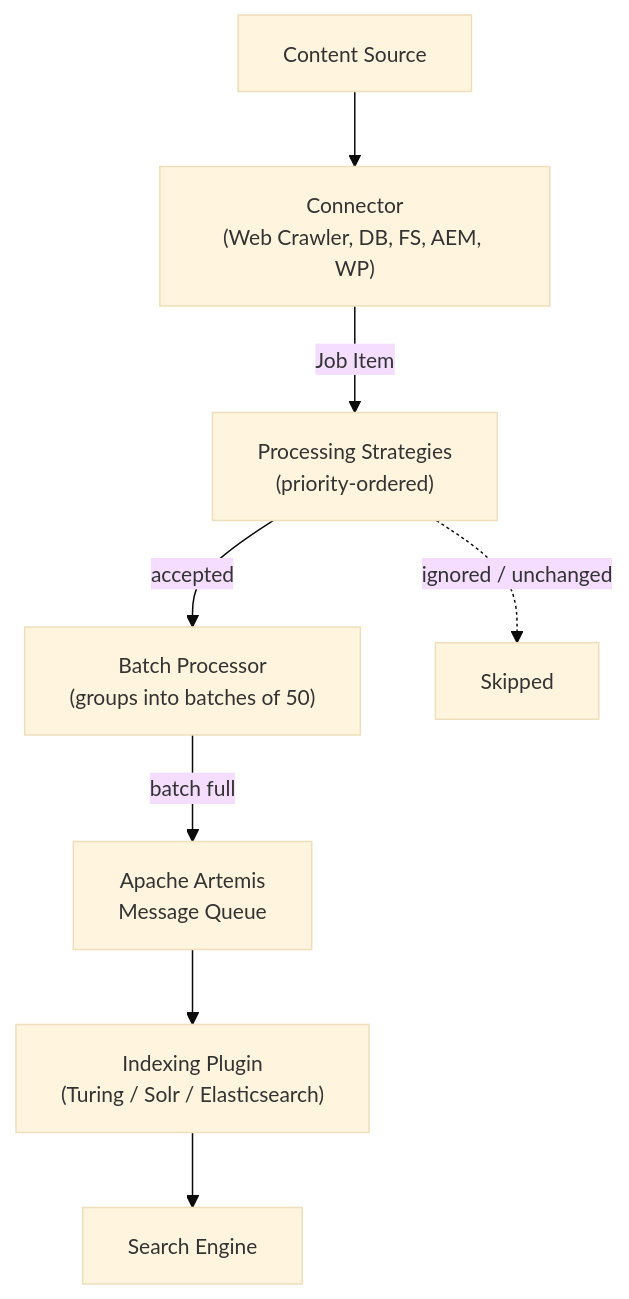
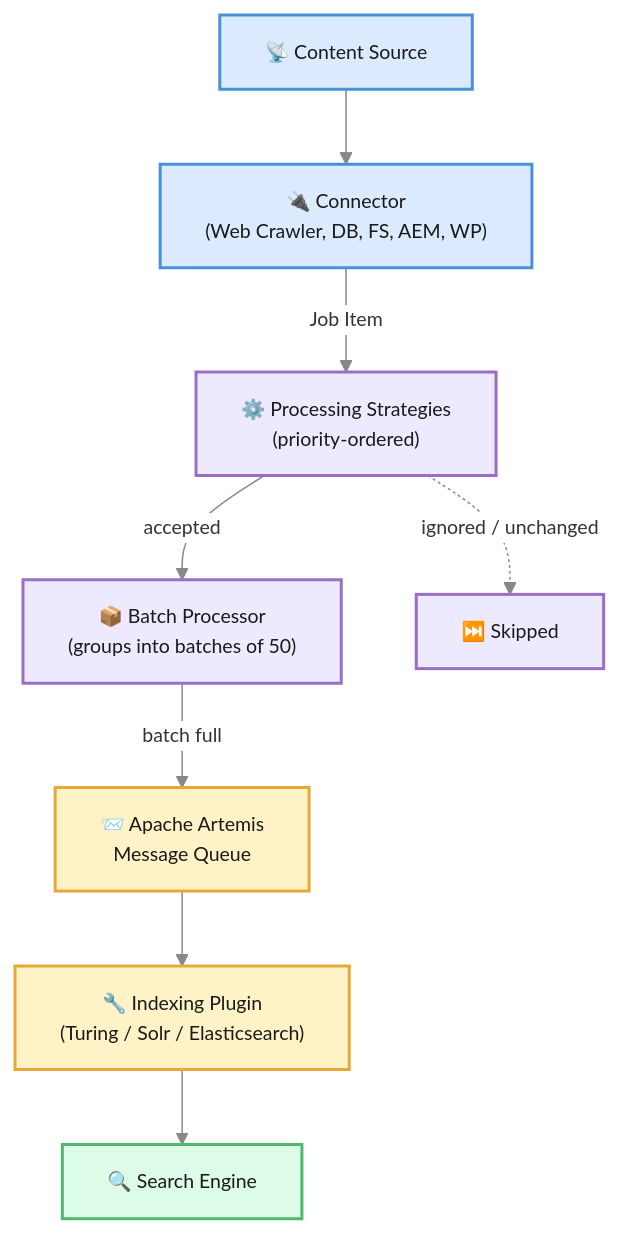
The diagram in diagrams/dumont-pipeline.mmd (openviglet/docs), drawn with Mermaid before and after one commit. The commit also changed 49 other files, not shown here.

First line of the commit message:
Standardize Mermaid diagrams and conventions

```diff
--- a/diagrams/dumont-pipeline.mmd
+++ b/diagrams/dumont-pipeline.mmd
@@ -1,18 +1,29 @@
-%%{init: {'theme': 'base', 'themeVariables': {'fontSize': '14px'}}}%%
+%%{init: {'theme': 'base', 'themeVariables': {'fontSize': '13px', 'primaryColor': '#fff', 'primaryBorderColor': '#c0c0c0', 'lineColor': '#888', 'textColor': '#333'}}}%%
 graph TB
-    SRC["Content Source"]
-    CON["Connector\n(Web Crawler, DB, FS, AEM, WP)"]
-    STR["Processing Strategies\n(priority-ordered)"]
-    BAT["Batch Processor\n(groups into batches of 50)"]
-    QUE["Apache Artemis\nMessage Queue"]
-    PLG["Indexing Plugin\n(Turing / Solr / Elasticsearch)"]
-    SE["Search Engine"]
-    SKIP["Skipped"]
+    SRC["📡 Content Source"]
+    CON["🔌 Connector\n(Web Crawler, DB, FS, AEM, WP)"]
+    STR["⚙️ Processing Strategies\n(priority-ordered)"]
+    BAT["📦 Batch Processor\n(groups into batches of 50)"]
+    QUE["📨 Apache Artemis\nMessage Queue"]
+    PLG["🔧 Indexing Plugin\n(Turing / Solr / Elasticsearch)"]
+    SE["🔍 Search Engine"]
+    SKIP["⏭️ Skipped"]
 
     SRC --> CON
     CON -->|"Job Item"| STR
     STR -->|"accepted"| BAT
     STR -.->|"ignored / unchanged"| SKIP
     BAT -->|"batch full"| QUE
     QUE --> PLG
     PLG --> SE
+
+    classDef blue fill:#dbeafe,stroke:#4A90D9,stroke-width:2px,color:#1a1a1a
+    classDef green fill:#dcfce7,stroke:#50B86C,stroke-width:2px,color:#1a1a1a
+    classDef purple fill:#ede9fe,stroke:#9B6EC5,stroke-width:2px,color:#1a1a1a
+    classDef amber fill:#fef3c7,stroke:#E8A838,stroke-width:2px,color:#1a1a1a
+
+    class SRC,CON blue
+    class STR,BAT purple
+    class QUE,PLG amber
+    class SE green
+    class SKIP purple
```
